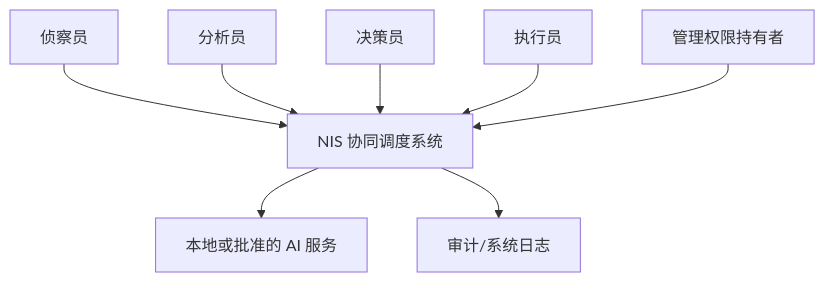
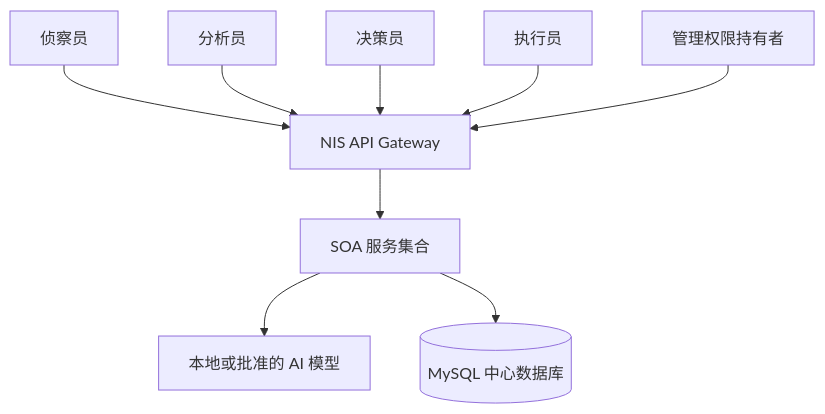
Before and after one commit to Nev3r1ove9y0rmyX/NIS: the first of 4 diagrams in docs/architecture.md, drawn with Mermaid. The commit also changed other lines of this file and 12 other files, not shown here.

````diff
--- a/docs/architecture.md
+++ b/docs/architecture.md
@@ -32,10 +32,11 @@
 ```mermaid
 flowchart TB
-  R[侦察员] --> NIS[NIS 协同调度系统]
-  A[分析员] --> NIS
-  D[决策员] --> NIS
-  E[执行员] --> NIS
-  M[管理权限持有者] --> NIS
-  NIS --> AIS[本地或批准的 AI 服务]
-  NIS --> LOG[审计/系统日志]
+  R[侦察员] --> GW[NIS API Gateway]
+  A[分析员] --> GW
+  D[决策员] --> GW
+  E[执行员] --> GW
+  M[管理权限持有者] --> GW
+  GW --> SOA[SOA 服务集合]
+  SOA --> AIS[本地或批准的 AI 模型]
+  SOA --> DB[(MySQL 中心数据库)]
 ```
````
